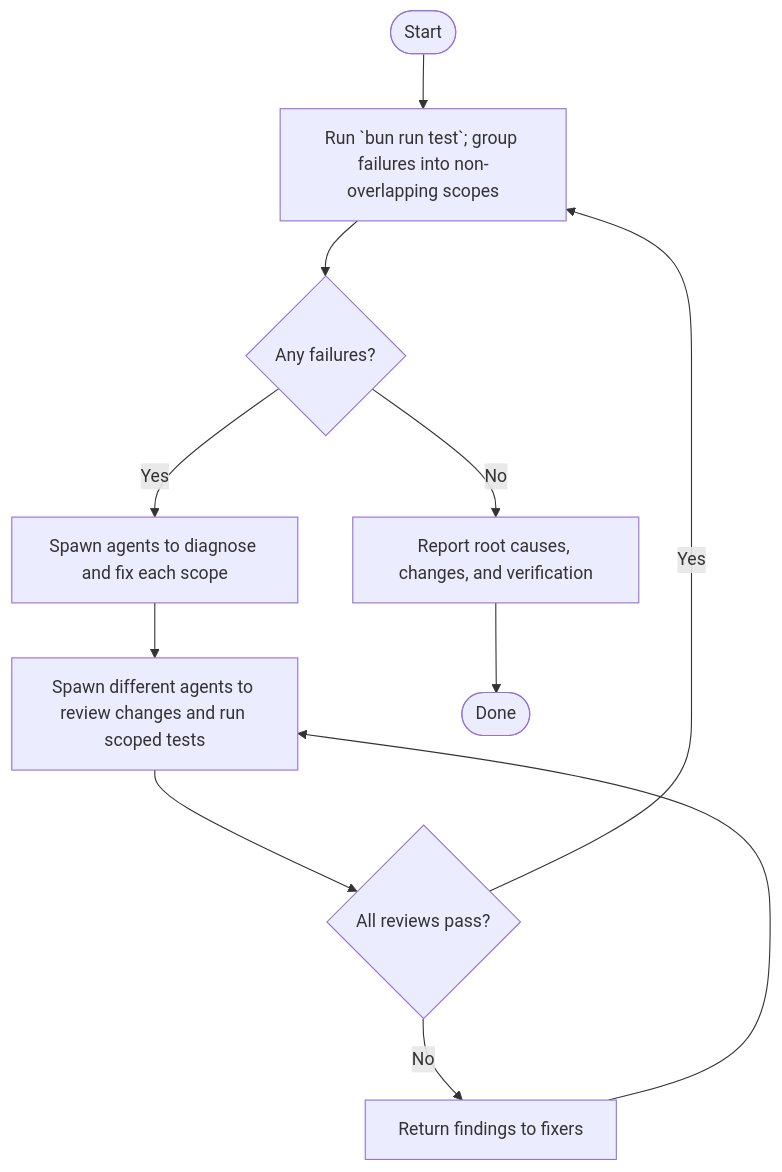
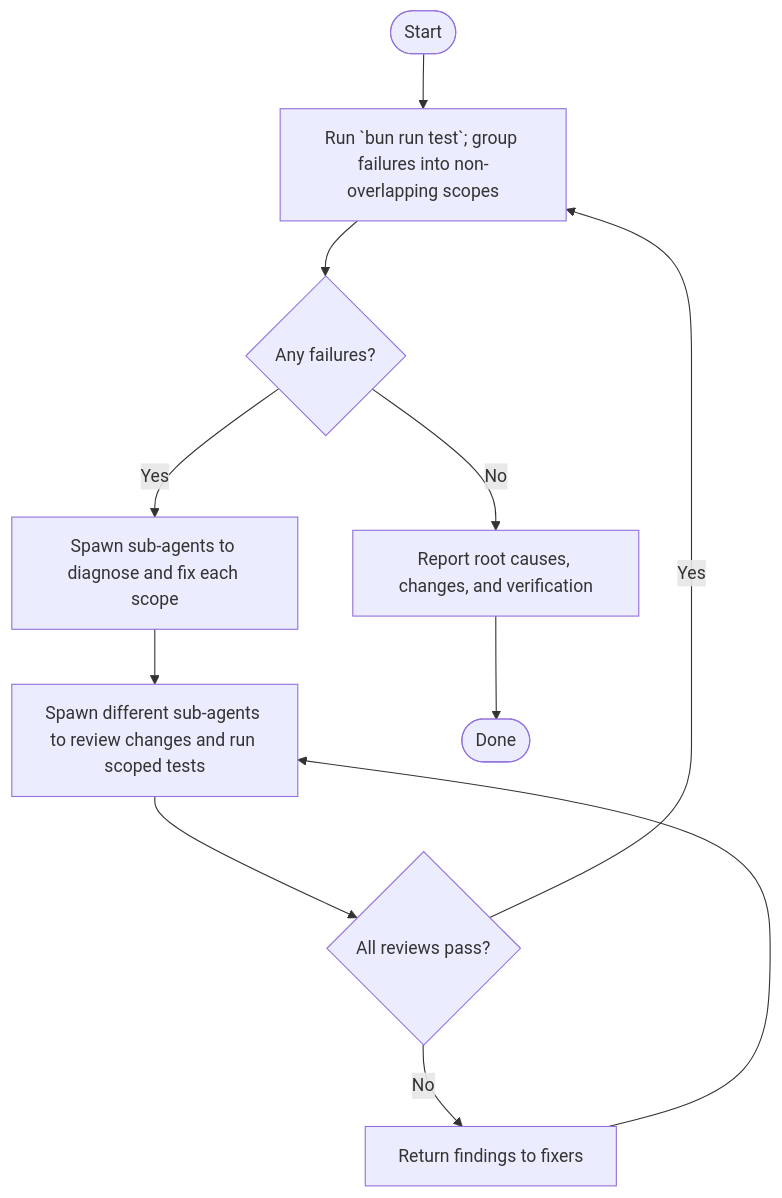
Before and after one commit to teytattze/recallos: the diagram in .agents/skills/loop-fix-unit-tests/SKILL.md, drawn with Mermaid. The commit also changed other lines of this file and 49 other files, not shown here.

````diff
--- a/.agents/skills/loop-fix-unit-tests/SKILL.md
+++ b/.agents/skills/loop-fix-unit-tests/SKILL.md
@@ -15,23 +27,23 @@
 ```mermaid
 flowchart TD
     start(["Start"])
     run["Run `bun run test`; group failures into non-overlapping scopes"]
     failures{"Any failures?"}
-    fix["Spawn agents to diagnose and fix each scope"]
-    review["Spawn different agents to review changes and run scoped tests"]
+    fix["Spawn sub-agents to diagnose and fix each scope"]
+    review["Spawn different sub-agents to review changes and run scoped tests"]
     approved{"All reviews pass?"}
     revise["Return findings to fixers"]
     report["Report root causes, changes, and verification"]
     done(["Done"])
 
     start --> run
     run --> failures
     failures -- No --> report
     failures -- Yes --> fix
     fix --> review
     review --> approved
     approved -- No --> revise
     revise --> review
     approved -- Yes --> run
     report --> done
 ```
````
